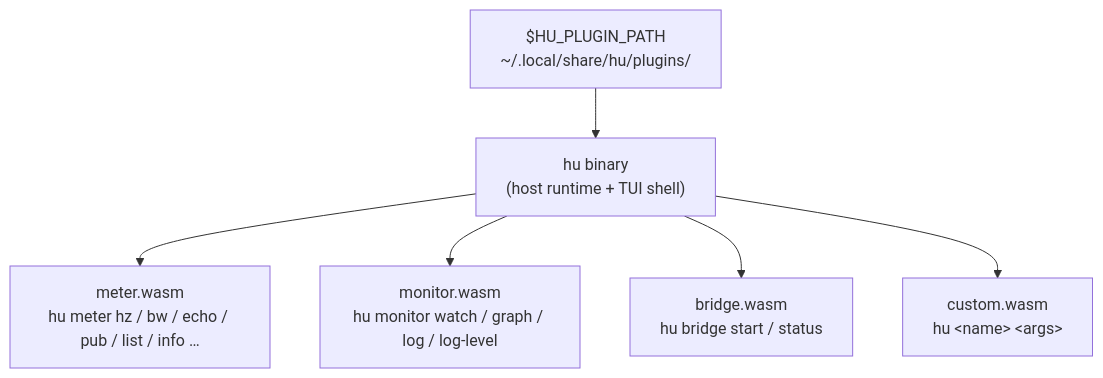
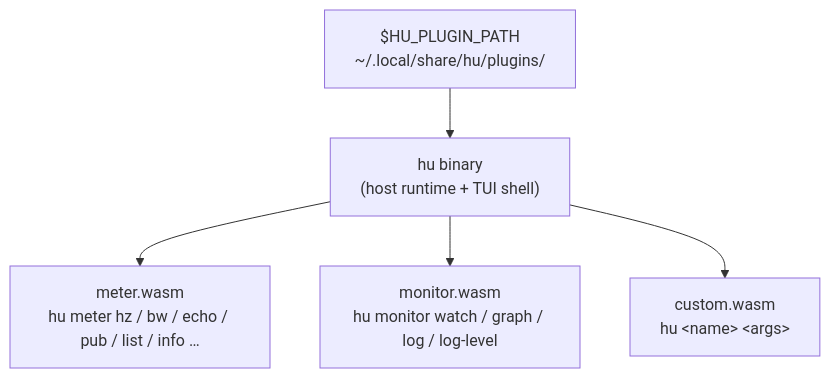
Before and after one commit to ZettaScaleLabs/hiroz: the diagram in docs/tools/hu.md, drawn with Mermaid. The commit also changed other lines of this file and 9 other files, not shown here.

````diff
--- a/docs/tools/hu.md
+++ b/docs/tools/hu.md
@@ -256,9 +252,8 @@
 ```mermaid
 flowchart TD
-    H["hu binary\n(host runtime + TUI shell)"]
-    H --> M["meter.wasm\nhu meter hz / bw / echo / pub / list / info …"]
-    H --> Mo["monitor.wasm\nhu monitor watch / graph / log / log-level"]
-    H --> B["bridge.wasm\nhu bridge start / status"]
-    H --> C["custom.wasm\nhu &lt;name&gt; &lt;args&gt;"]
-    HU_PLUGIN_PATH["$HU_PLUGIN_PATH\n~/.local/share/hu/plugins/"] --> H
+    H["hu binary<br>(host runtime + TUI shell)"]
+    H --> M["meter.wasm<br>hu meter hz / bw / echo / pub / list / info …"]
+    H --> Mo["monitor.wasm<br>hu monitor watch / graph / log / log-level"]
+    H --> C["custom.wasm<br>hu &lt;name&gt; &lt;args&gt;"]
+    HU_PLUGIN_PATH["$HU_PLUGIN_PATH<br>~/.local/share/hu/plugins/"] --> H
 ```
````
